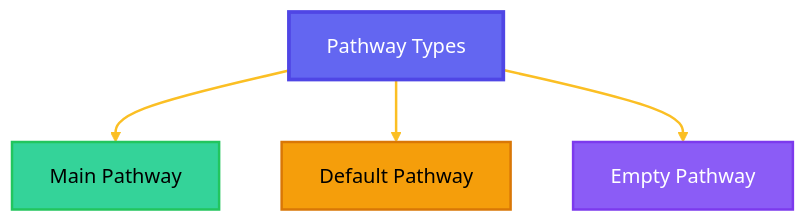
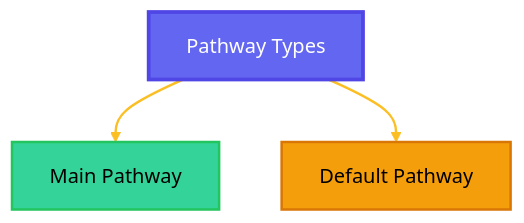
Before and after one commit to MeveraStudios/Website: the second of 2 diagrams in docs/Imperat/First-Command/BasicDefinitions.mdx, drawn with Mermaid. The commit also changed other lines of this file and 2 other files, not shown here.

````diff
--- a/docs/Imperat/First-Command/BasicDefinitions.mdx
+++ b/docs/Imperat/First-Command/BasicDefinitions.mdx
@@ -110,13 +112,11 @@
 ```mermaid
 graph TD
     A[Pathway Types] --> B[Main Pathway]
     A --> C[Default Pathway]
-    A --> D[Empty Pathway]
                 
     style A fill:#6366f1,stroke:#4f46e5,stroke-width:3px,color:#fff
     style B fill:#34d399,stroke:#22c55e,stroke-width:2px,color:#000
     style C fill:#f59e0b,stroke:#d97706,stroke-width:2px,color:#000
-    style D fill:#8b5cf6,stroke:#7c3aed,stroke-width:2px,color:#fff
     
     linkStyle default stroke:#fbbf24,stroke-width:2px
 ```
````
